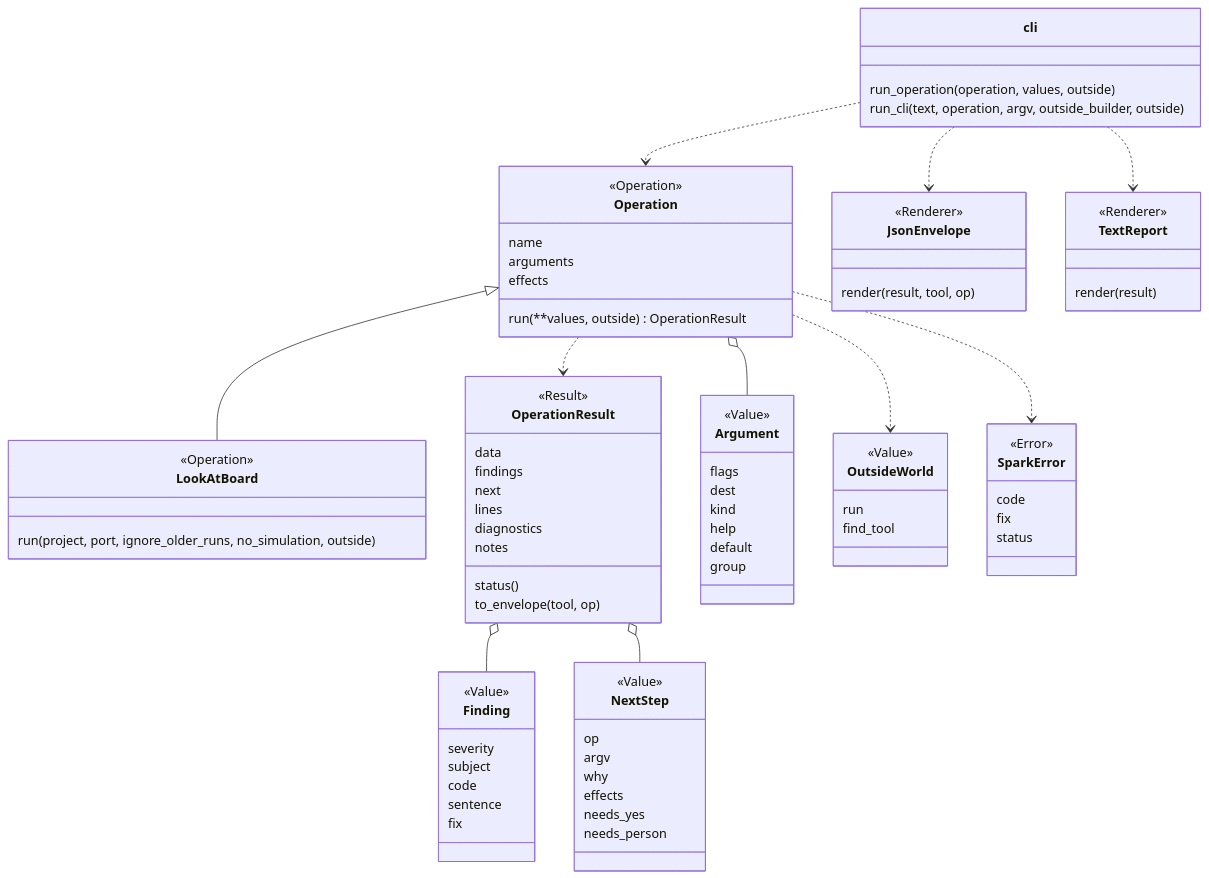
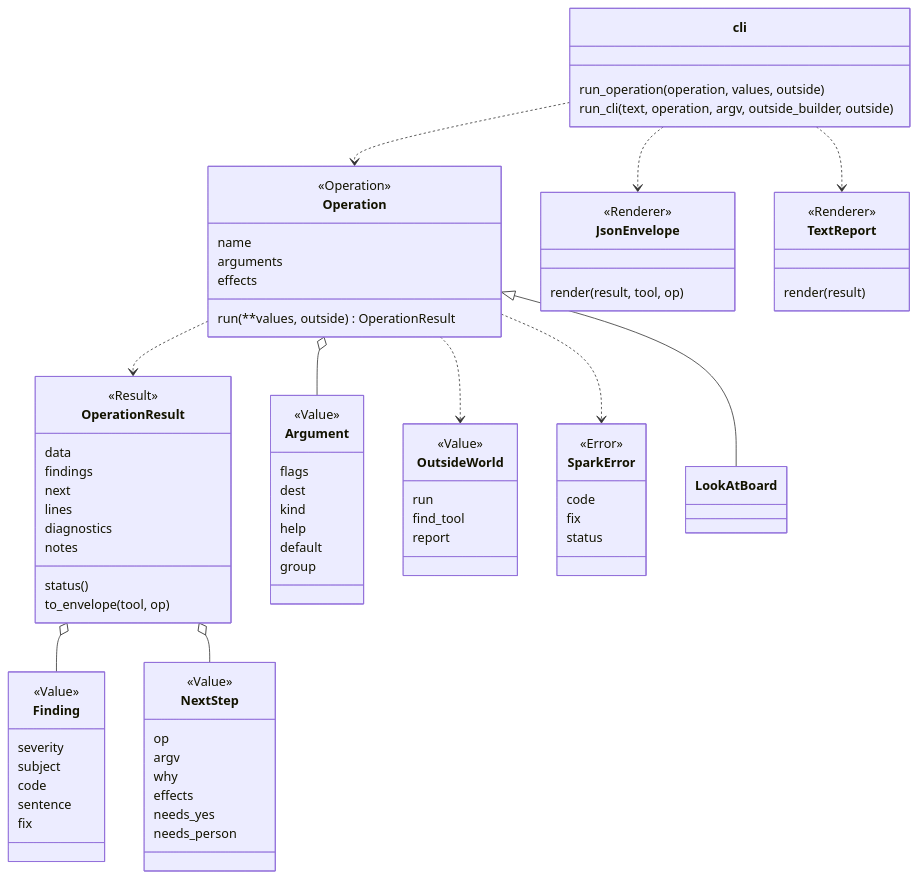
One commit to xmejkal/spark changed the diagram in docs/guide/patterns-and-names.md. Above: the diagram before and after it, drawn with Mermaid. The commit also changed other lines of this file and 18 other files, not shown here.

```diff
--- a/docs/guide/patterns-and-names.md
+++ b/docs/guide/patterns-and-names.md
@@ -91,10 +94,6 @@
     arguments
     effects
     run(**values, outside) OperationResult
-  }
-  class LookAtBoard {
-    <<Operation>>
-    run(project, port, ignore_older_runs, no_simulation, outside)
   }
   class OperationResult {
     <<Result>>
@@ -137,6 +136,7 @@
     <<Value>>
     run
     find_tool
+    report
   }
   class SparkError {
     <<Error>>
```
